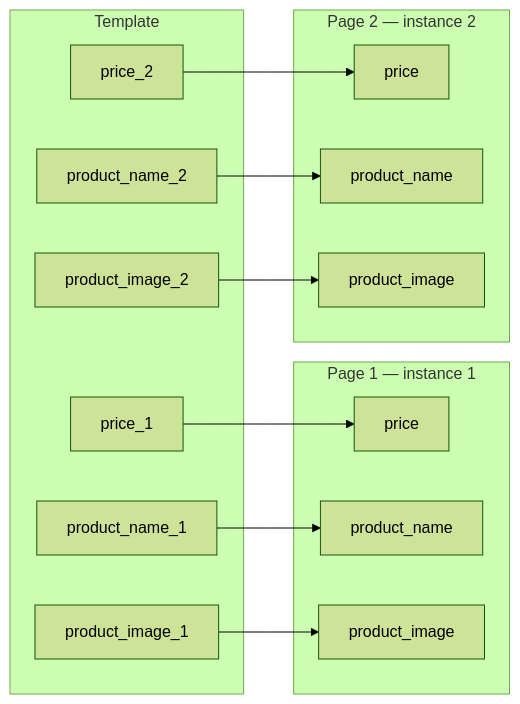
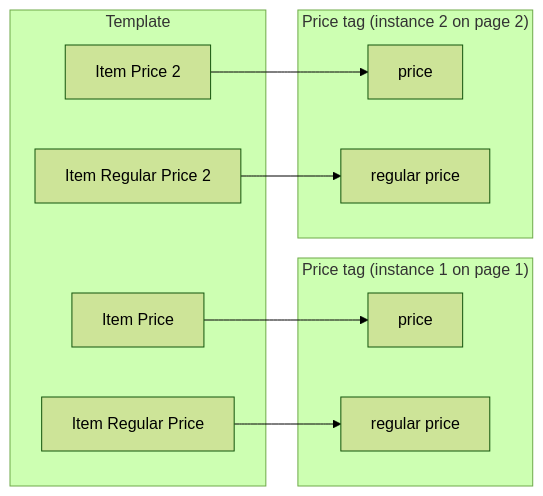
One commit to chili-publish/grafx-documentation changed the third of 4 diagrams in docs/GraFx-Studio/concepts/component-mapping/index.md. Above: the diagram before and after it, drawn with Mermaid (forest theme). The commit also changed other lines of this file and 38 other files, not shown here.

````diff
--- a/docs/GraFx-Studio/concepts/component-mapping/index.md
+++ b/docs/GraFx-Studio/concepts/component-mapping/index.md
@@ -107,27 +98,21 @@
     ```mermaid
     flowchart LR
         subgraph Template
-            T1["price_1"]
-            T2["product_name_1"]
-            T3["product_image_1"]
-            T4["price_2"]
-            T5["product_name_2"]
-            T6["product_image_2"]
+            T1["Item Price"]
+            T2["Item Regular Price"]
+            T4["Item Price 2"]
+            T5["Item Regular Price 2"]
         end
-        subgraph "Page 1 — instance 1"
+        subgraph "Price tag (instance 1 on page 1)"
             C1A["price"]
-            C2A["product_name"]
-            C3A["product_image"]
+            C2A["regular price"]
         end
-        subgraph "Page 2 — instance 2"
+        subgraph "Price tag (instance 2 on page 2)"
             C1B["price"]
-            C2B["product_name"]
-            C3B["product_image"]
+            C2B["regular price"]
         end
         T1 --> C1A
         T2 --> C2A
-        T3 --> C3A
         T4 --> C1B
         T5 --> C2B
-        T6 --> C3B
     ```
````
